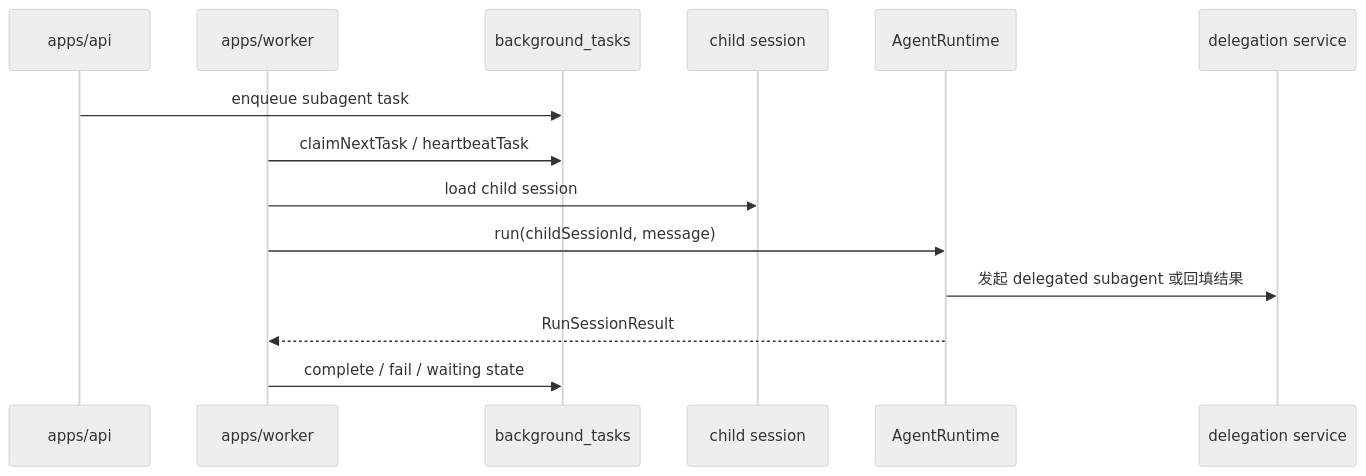
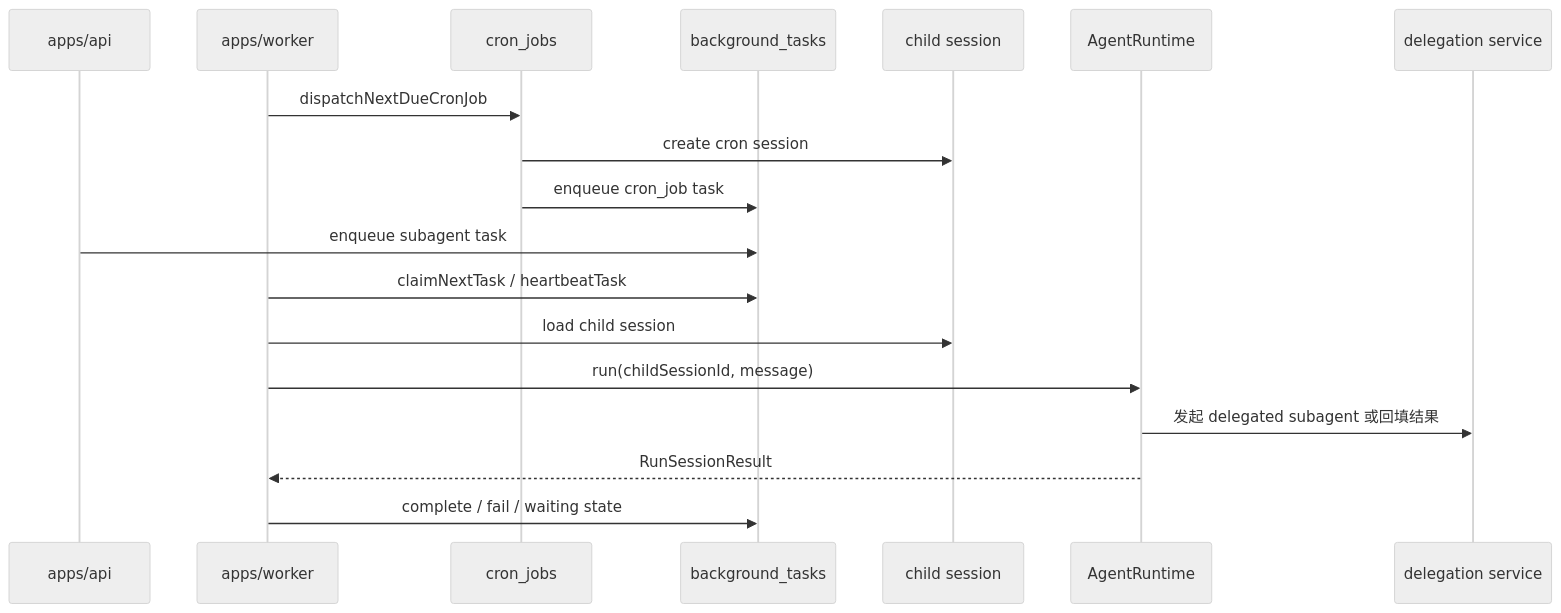
Before and after one commit to pswd123456/my-agent-proj: the third of 3 diagrams in docs/architecture/diagram.md, drawn with Mermaid (neutral theme). The commit also changed other lines of this file, not shown here.

Commit message:
docs: update architecture diagram with Telegram, LSP, channels, cron and inbox

````diff
--- a/docs/architecture/diagram.md
+++ b/docs/architecture/diagram.md
@@ -122,17 +125,21 @@
 ```mermaid
 sequenceDiagram
   participant API as apps/api
   participant Worker as apps/worker
+  participant Cron as cron_jobs
   participant Task as background_tasks
   participant Session as child session
   participant Runtime as AgentRuntime
   participant Delegate as delegation service
 
+  Worker->>Cron: dispatchNextDueCronJob
+  Cron->>Session: create cron session
+  Cron->>Task: enqueue cron_job task
   API->>Task: enqueue subagent task
   Worker->>Task: claimNextTask / heartbeatTask
   Worker->>Session: load child session
   Worker->>Runtime: run(childSessionId, message)
   Runtime->>Delegate: 发起 delegated subagent 或回填结果
   Runtime-->>Worker: RunSessionResult
   Worker->>Task: complete / fail / waiting state
 ```
````
